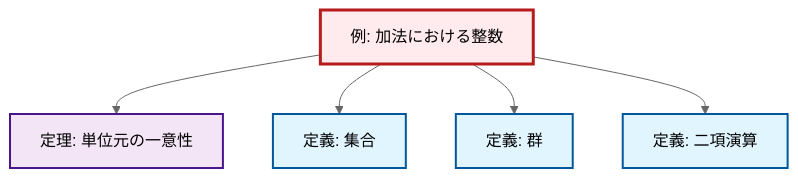
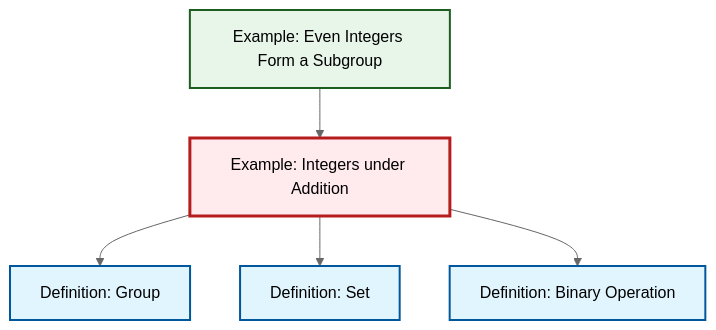
The diagram in content/ja/algebra/ex-integers-addition.qmd (RK0429/ModernMath), drawn with Mermaid (neutral theme) before and after one commit. The commit also changed 203 other files, not shown here.

````diff
--- a/content/ja/algebra/ex-integers-addition.qmd
+++ b/content/ja/algebra/ex-integers-addition.qmd
@@ -72,24 +72,19 @@
 ```{mermaid}
-%%| fig-cap: "局所依存関係グラフ"
+%%| fig-cap: "Local dependency graph"
 graph TD
     classDef definition fill:#e1f5fe,stroke:#01579b,stroke-width:2px
     classDef theorem fill:#f3e5f5,stroke:#4a148c,stroke-width:2px
     classDef axiom fill:#fff3e0,stroke:#e65100,stroke-width:2px
     classDef example fill:#e8f5e9,stroke:#1b5e20,stroke-width:2px
     classDef current fill:#ffebee,stroke:#b71c1c,stroke-width:3px
-    def-group["定義: 群"]:::definition
-    def-binary-operation["定義: 二項演算"]:::definition
-    def-set["定義: 集合"]:::definition
-    thm-unique-identity["定理: 単位元の一意性"]:::theorem
-    ex-integers-addition["例: 加法における整数"]:::example
-    ex-integers-addition --> thm-unique-identity
+    def-group["Definition: Group"]:::definition
+    def-binary-operation["Definition: Binary Operation"]:::definition
+    ex-even-integers-subgroup["Example: Even Integers Form a Subgroup"]:::example
+    def-set["Definition: Set"]:::definition
+    ex-integers-addition["Example: Integers under Addition"]:::example
+    ex-even-integers-subgroup --> ex-integers-addition
+    ex-integers-addition --> def-group
     ex-integers-addition --> def-set
-    ex-integers-addition --> def-group
     ex-integers-addition --> def-binary-operation
     class ex-integers-addition current
-
-    click def-group "def-group.html" "Go to 定義: 群"
-    click def-binary-operation "def-binary-operation.html" "Go to 定義: 二項演算"
-    click def-set "def-set.html" "Go to 定義: 集合"
-    click thm-unique-identity "thm-unique-identity.html" "Go to 定理: 単位元の一意性"
 ```
````
